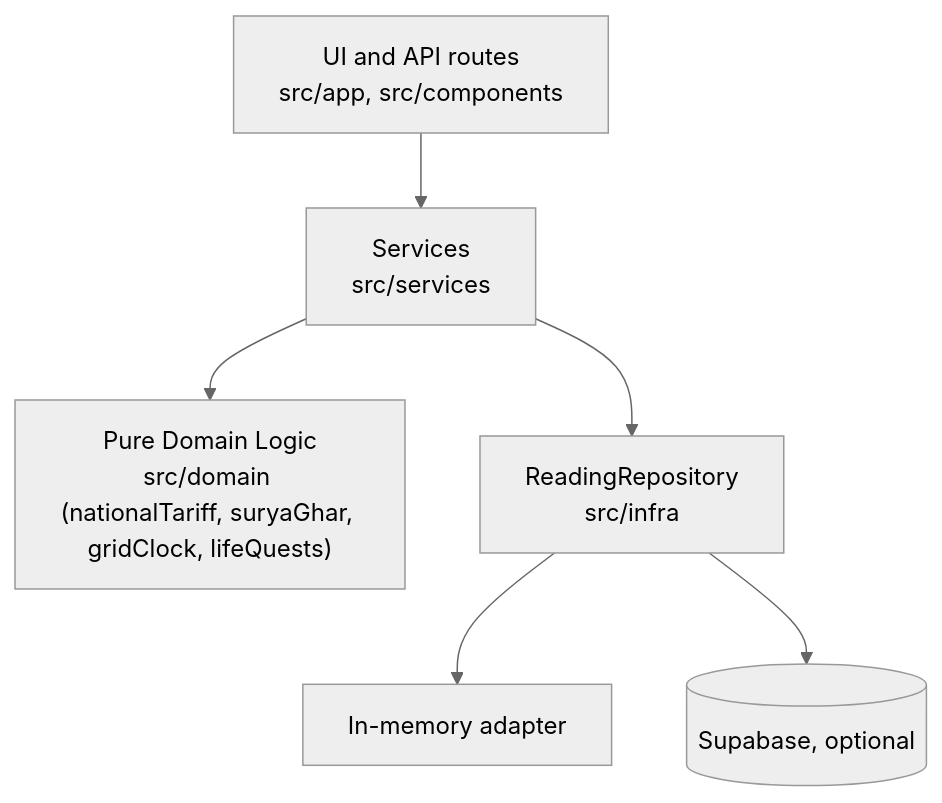
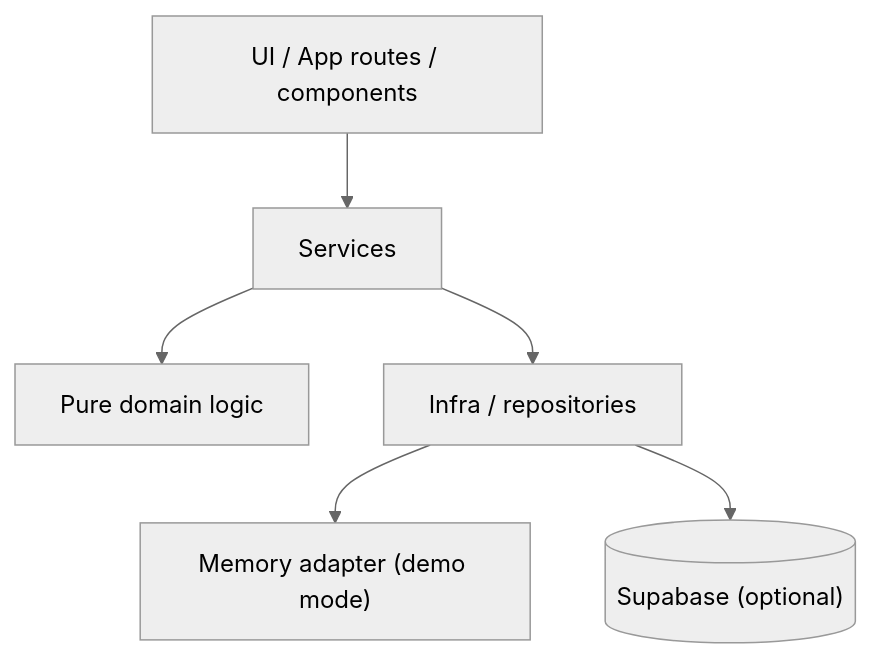
The diagram in README.md (harsh773988/Wattwise), drawn with Mermaid (neutral theme) before and after one commit. The commit also changed other lines of this file, not shown here.

````diff
--- a/README.md
+++ b/README.md
@@ -41,8 +34,8 @@
 ```mermaid
 flowchart TD
-  UI["UI and API routes<br/>src/app, src/components"] --> S["Services<br/>src/services"]
-  S --> D["Pure Domain Logic<br/>src/domain (nationalTariff, suryaGhar, gridClock, lifeQuests)"]
-  S --> R["ReadingRepository<br/>src/infra"]
-  R --> M["In-memory adapter"]
-  R --> DB[("Supabase, optional")]
+  UI["UI / App routes / components"] --> S["Services"]
+  S --> D["Pure domain logic"]
+  S --> I["Infra / repositories"]
+  I --> M["Memory adapter (demo mode)"]
+  I --> DB[("Supabase (optional)")]
 ```
````
